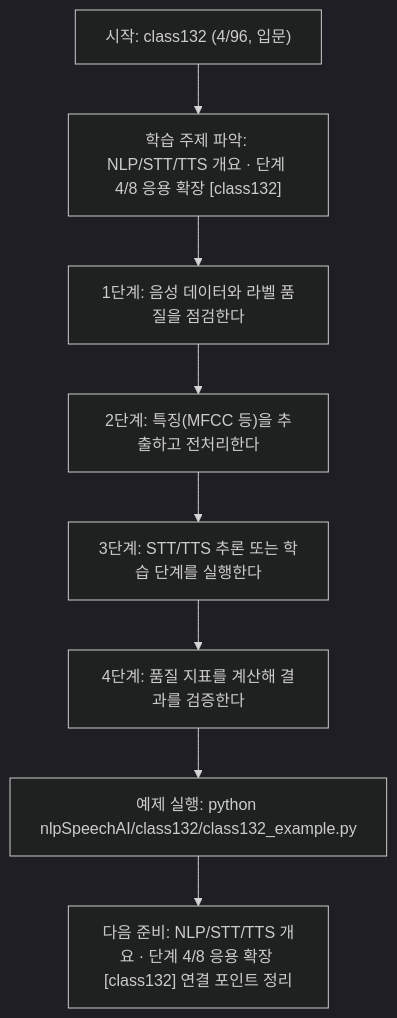
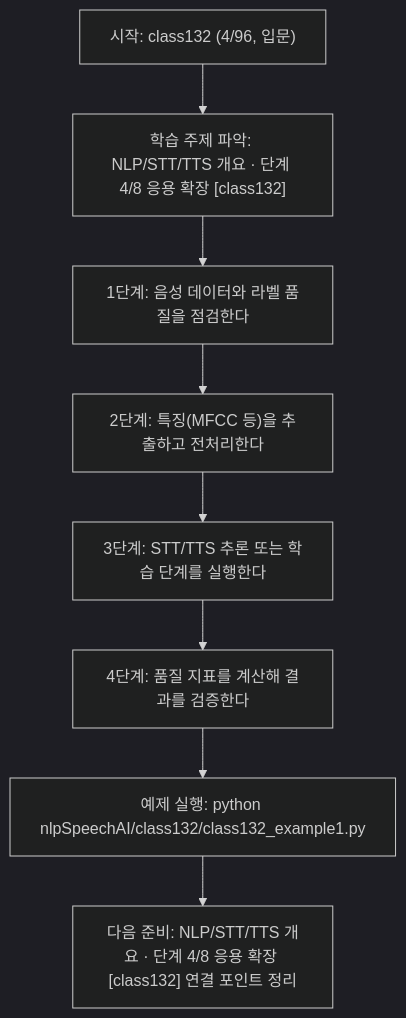
One commit to edumgt/Python-AI_Agent-Class changed the diagram in nlpSpeechAI/class132/class132.md. Above: the diagram before and after it, drawn with Mermaid (dark theme). The commit also changed other lines of this file and 2959 other files, not shown here.

````diff
--- a/nlpSpeechAI/class132/class132.md
+++ b/nlpSpeechAI/class132/class132.md
@@ -115,18 +115,18 @@
 ```mermaid
 flowchart TD
 N1["시작: class132 (4/96, 입문)"]
 N2["학습 주제 파악: NLP/STT/TTS 개요 · 단계 4/8 응용 확장 [class132]"]
 N3["1단계: 음성 데이터와 라벨 품질을 점검한다"]
 N4["2단계: 특징(MFCC 등)을 추출하고 전처리한다"]
 N5["3단계: STT/TTS 추론 또는 학습 단계를 실행한다"]
 N6["4단계: 품질 지표를 계산해 결과를 검증한다"]
-N7["예제 실행: python nlpSpeechAI/class132/class132_example.py"]
+N7["예제 실행: python nlpSpeechAI/class132/class132_example1.py"]
 N8["다음 준비: NLP/STT/TTS 개요 · 단계 4/8 응용 확장 [class132] 연결 포인트 정리"]
 N1 --> N2
 N2 --> N3
 N3 --> N4
 N4 --> N5
 N5 --> N6
 N6 --> N7
 N7 --> N8
 ```
````
